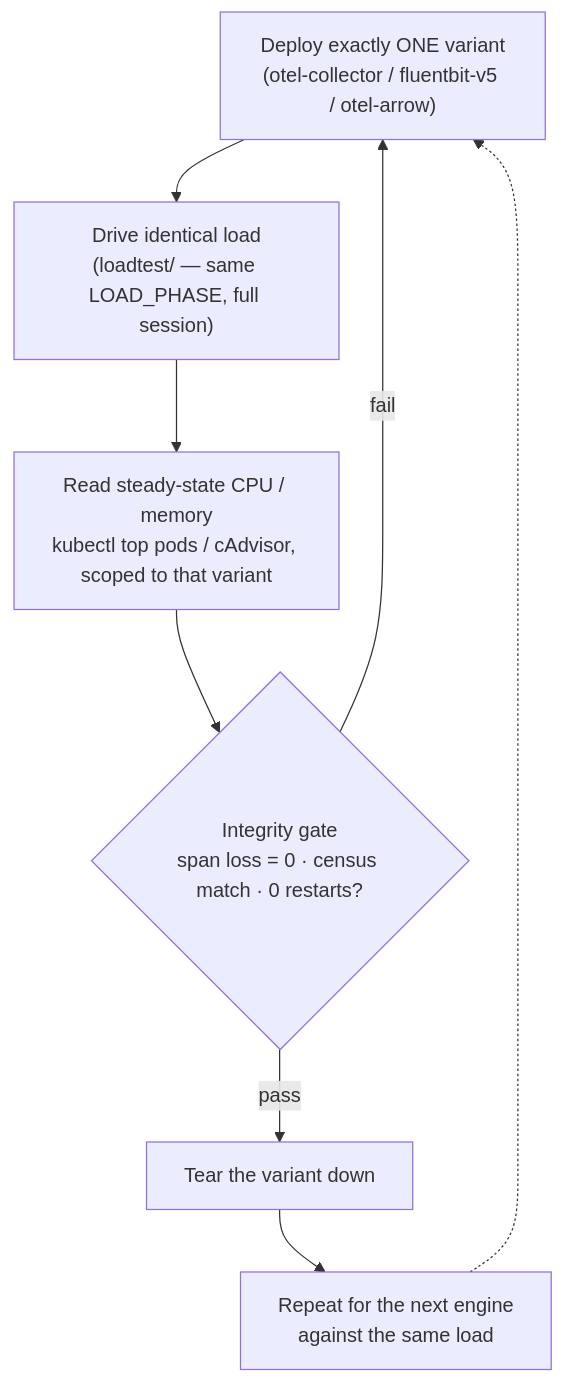
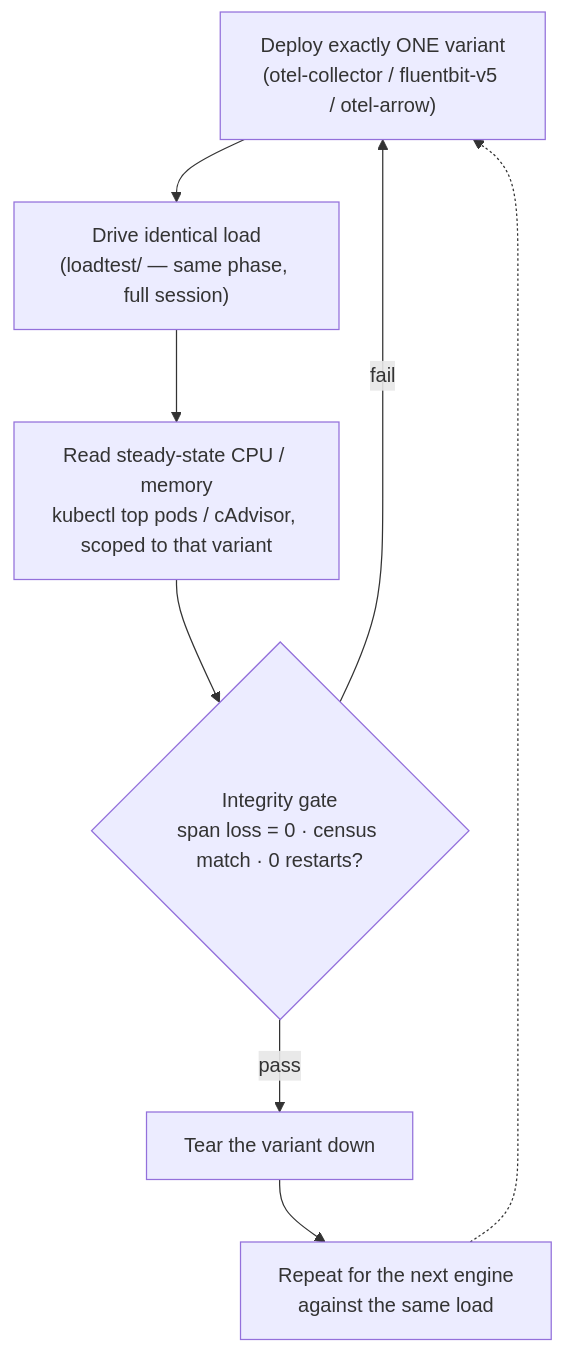
The sixth of 6 diagrams in benchmark/RESULTS.md (isItObservable/Otel-arrow), drawn with Mermaid before and after one commit. The commit also changed other lines of this file and 11 other files, not shown here.

````diff
--- a/benchmark/RESULTS.md
+++ b/benchmark/RESULTS.md
@@ -130,14 +180,14 @@
 ```mermaid
 flowchart TD
     pick["Deploy exactly ONE variant<br/>(otel-collector / fluentbit-v5 / otel-arrow)"]
-    load["Drive identical load<br/>(loadtest/ — same LOAD_PHASE, full session)"]
+    load["Drive identical load<br/>(loadtest/ — same phase, full session)"]
     read["Read steady-state CPU / memory<br/>kubectl top pods / cAdvisor, scoped to that variant"]
     gate{"Integrity gate<br/>span loss = 0 · census match · 0 restarts?"}
     down["Tear the variant down"]
     next["Repeat for the next engine<br/>against the same load"]
 
     pick --> load --> read --> gate
     gate -->|pass| down --> next
     gate -->|fail| pick
     next -.-> pick
 ```
````
